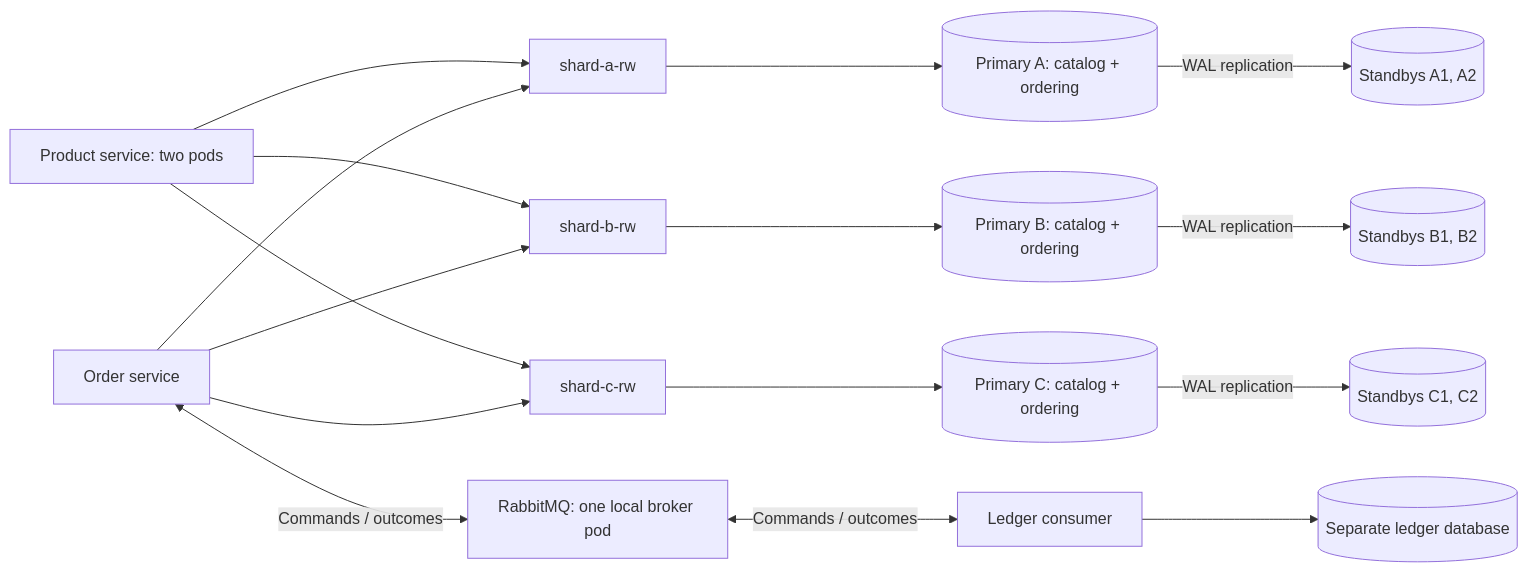
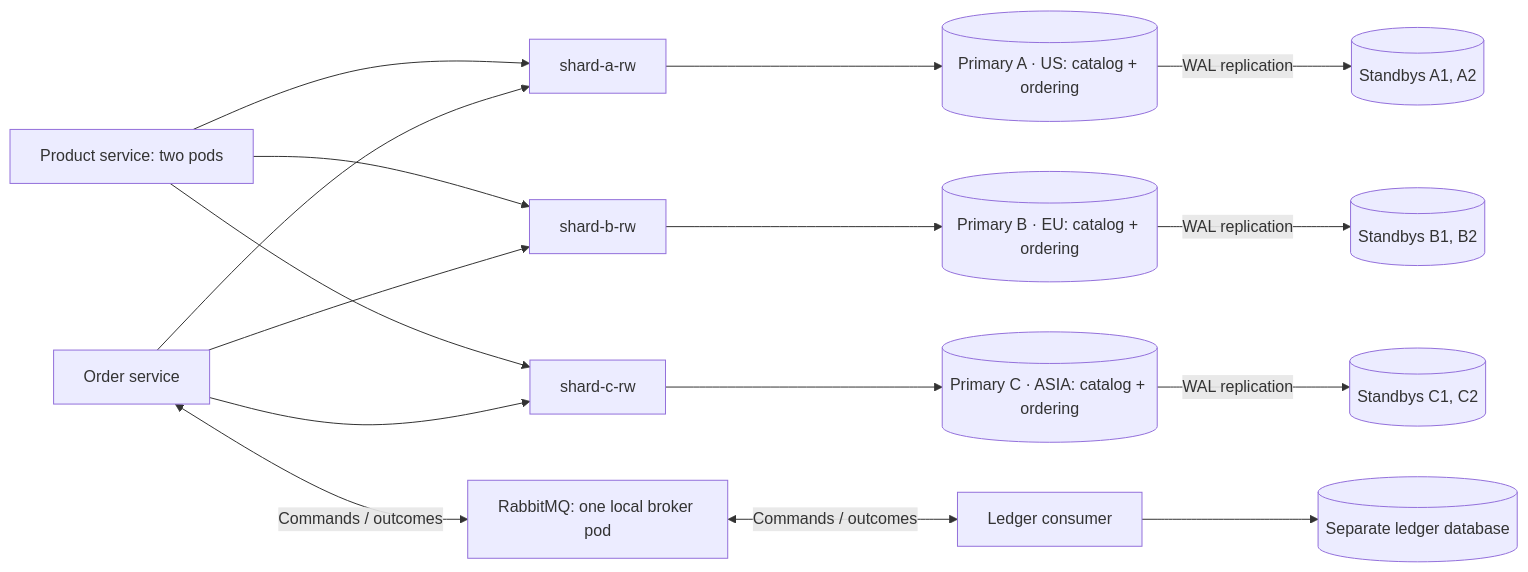
One commit to nklip/JavaCraft changed the diagram in microservices/shardshop/PLAN.md. Above: the diagram before and after it, drawn with Mermaid. The commit also changed other lines of this file and 29 other files, not shown here.

````diff
--- a/microservices/shardshop/PLAN.md
+++ b/microservices/shardshop/PLAN.md
@@ -177,18 +203,18 @@
 ```mermaid
 flowchart LR
     P["Product service: two pods"] --> A["shard-a-rw"]
     P --> B["shard-b-rw"]
     P --> C["shard-c-rw"]
     O["Order service"] --> A
     O --> B
     O --> C
-    A --> P1[("Primary A: catalog + ordering")]
-    B --> P3[("Primary B: catalog + ordering")]
-    C --> P5[("Primary C: catalog + ordering")]
+    A --> P1[("Primary A · US: catalog + ordering")]
+    B --> P3[("Primary B · EU: catalog + ordering")]
+    C --> P5[("Primary C · ASIA: catalog + ordering")]
     P1 -->|"WAL replication"| P2[("Standbys A1, A2")]
     P3 -->|"WAL replication"| P4[("Standbys B1, B2")]
     P5 -->|"WAL replication"| P6[("Standbys C1, C2")]
     O <-->|"Commands / outcomes"| MQ["RabbitMQ: one local broker pod"]
     MQ <-->|"Commands / outcomes"| L["Ledger consumer"]
     L --> DB[("Separate ledger database")]
 ```
````
